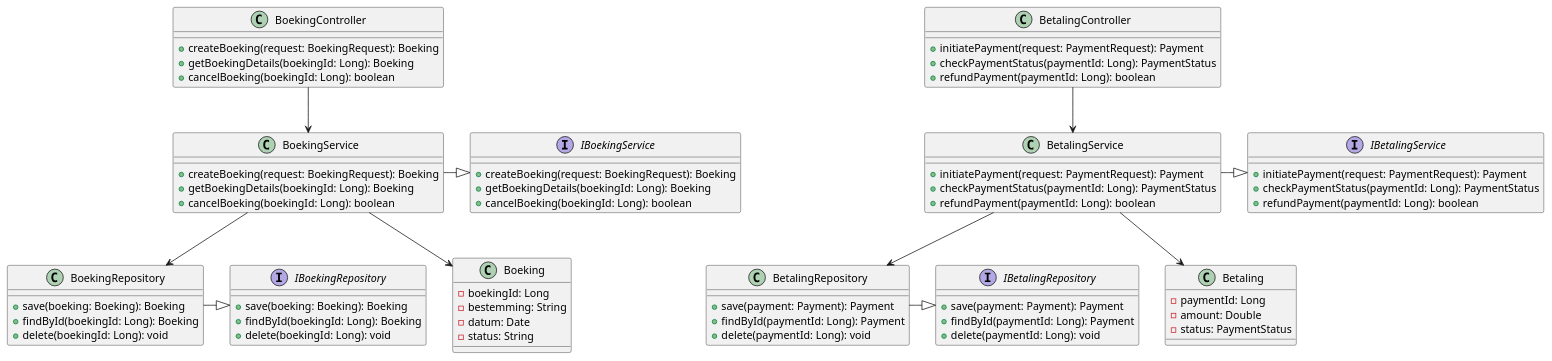
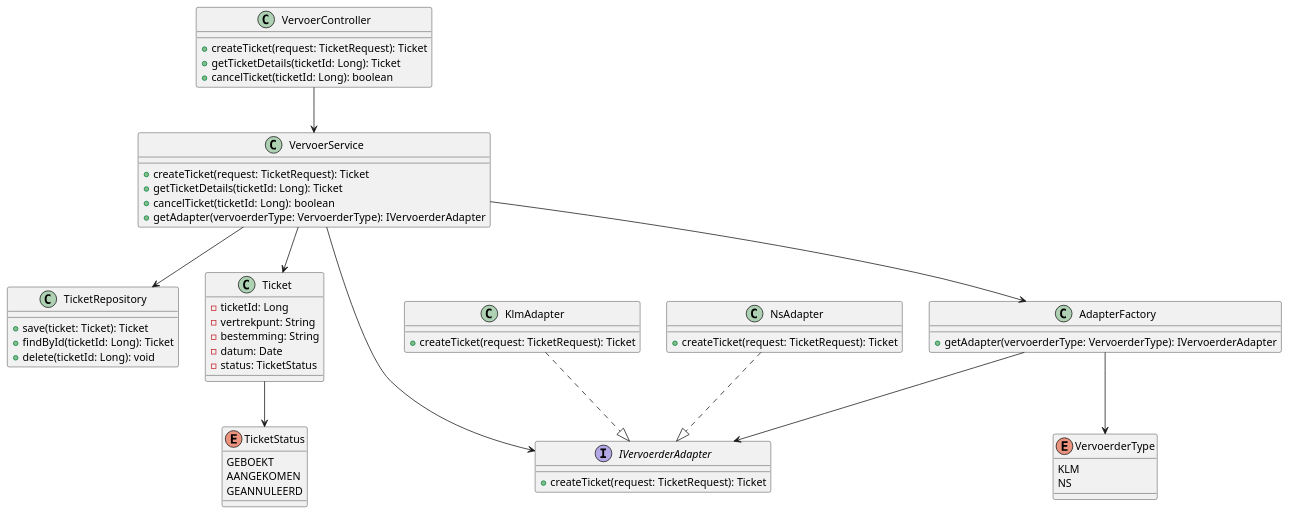
One commit to AIM-ENE-feb25/triptop-de-broederbond-fgs changed the diagram in uitwerkingen/component_diagram/klassediagram_triptop.puml. Above: the diagram before and after it, drawn with PlantUML. The commit also changed 10 other files, not shown here.

```diff
--- a/uitwerkingen/component_diagram/klassediagram_triptop.puml
+++ b/uitwerkingen/component_diagram/klassediagram_triptop.puml
@@ -1,91 +1,74 @@
 @startuml
 
-class BoekingController {
-    +createBoeking(request: BoekingRequest): Boeking
-    +getBoekingDetails(boekingId: Long): Boeking
-    +cancelBoeking(boekingId: Long): boolean
+
+
+class VervoerController {
+    +createTicket(request: TicketRequest): Ticket
+    +getTicketDetails(ticketId: Long): Ticket
+    +cancelTicket(ticketId: Long): boolean
 }
 
-class BoekingService {
-    +createBoeking(request: BoekingRequest): Boeking
-    +getBoekingDetails(boekingId: Long): Boeking
-    +cancelBoeking(boekingId: Long): boolean
+VervoerController --> VervoerService
+
+class VervoerService {
+    +createTicket(request: TicketRequest): Ticket
+    +getTicketDetails(ticketId: Long): Ticket
+    +cancelTicket(ticketId: Long): boolean
+    +getAdapter(vervoerderType: VervoerderType): IVervoerderAdapter
 }
 
-interface IBoekingService {
-    +createBoeking(request: BoekingRequest): Boeking
-    +getBoekingDetails(boekingId: Long): Boeking
-    +cancelBoeking(boekingId: Long): boolean
+class TicketRepository {
+    +save(ticket: Ticket): Ticket
+    +findById(ticketId: Long): Ticket
+    +delete(ticketId: Long): void
 }
 
-BoekingService -|> IBoekingService
-BoekingController --> BoekingService
+VervoerService --> TicketRepository
 
-class BoekingRepository {
-    +save(boeking: Boeking): Boeking
-    +findById(boekingId: Long): Boeking
-    +delete(boekingId: Long): void
+class Ticket {
+    - ticketId: Long
+    - vertrekpunt: String
+    - bestemming: String
+    - datum: Date
+    - status: TicketStatus
 }
 
-interface IBoekingRepository {
-    +save(boeking: Boeking): Boeking
-    +findById(boekingId: Long): Boeking
-    +delete(boekingId: Long): void
+enum TicketStatus {
+    GEBOEKT
+    AANGEKOMEN
+    GEANNULEERD
 }
 
-BoekingRepository -|> IBoekingRepository
-BoekingService --> BoekingRepository
+VervoerService --> Ticket
+Ticket --> TicketStatus
 
-class BetalingController {
-    +initiatePayment(request: PaymentRequest): Payment
-    +checkPaymentStatus(paymentId: Long): PaymentStatus
-    +refundPayment(paymentId: Long): boolean
+enum VervoerderType {
+    KLM
+    NS
 }
 
-class BetalingService {
-    +initiatePayment(request: PaymentRequest): Payment
-    +checkPaymentStatus(paymentId: Long): PaymentStatus
-    +refundPayment(paymentId: Long): boolean
+interface IVervoerderAdapter {
+    +createTicket(request: TicketRequest): Ticket
 }
 
-interface IBetalingService {
-    +initiatePayment(request: PaymentRequest): Payment
-    +checkPaymentStatus(paymentId: Long): PaymentStatus
-    +refundPayment(paymentId: Long): boolean
+class KlmAdapter {
+    +createTicket(request: TicketRequest): Ticket
 }
 
-BetalingService -|> IBetalingService
-BetalingController --> BetalingService
-
-class BetalingRepository {
-    +save(payment: Payment): Payment
-    +findById(paymentId: Long): Payment
-    +delete(paymentId: Long): void
+class NsAdapter {
+    +createTicket(request: TicketRequest): Ticket
 }
 
-interface IBetalingRepository {
-    +save(payment: Payment): Payment
-    +findById(paymentId: Long): Payment
-    +delete(paymentId: Long): void
+KlmAdapter ..|> IVervoerderAdapter
+NsAdapter ..|> IVervoerderAdapter
+VervoerService --> IVervoerderAdapter
+AdapterFactory --> VervoerderType
+
+class AdapterFactory {
+    +getAdapter(vervoerderType: VervoerderType): IVervoerderAdapter
 }
 
-BetalingRepository -|> IBetalingRepository
-BetalingService --> BetalingRepository
-
-class Boeking {
-    - boekingId: Long
-    - bestemming: String
-    - datum: Date
-    - status: String
-}
-
-class Betaling {
-    - paymentId: Long
-    - amount: Double
-    - status: PaymentStatus
-}
-
-BoekingService --> Boeking
-BetalingService --> Betaling
+AdapterFactory --> IVervoerderAdapter
+VervoerService --> AdapterFactory
 
 @enduml
```
